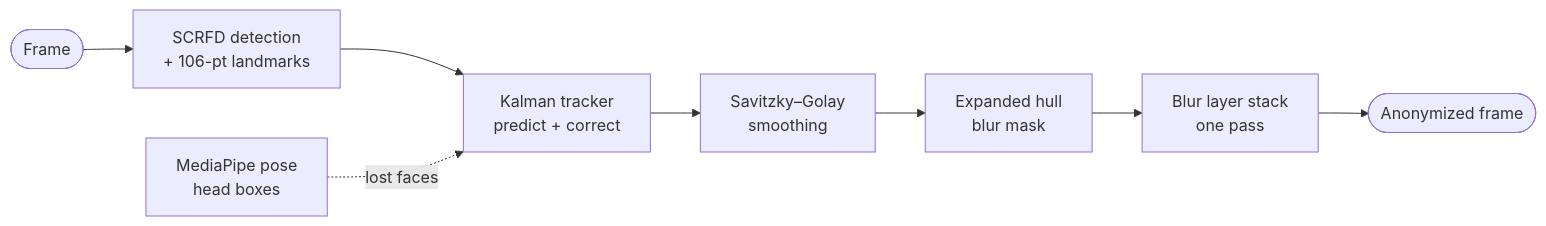
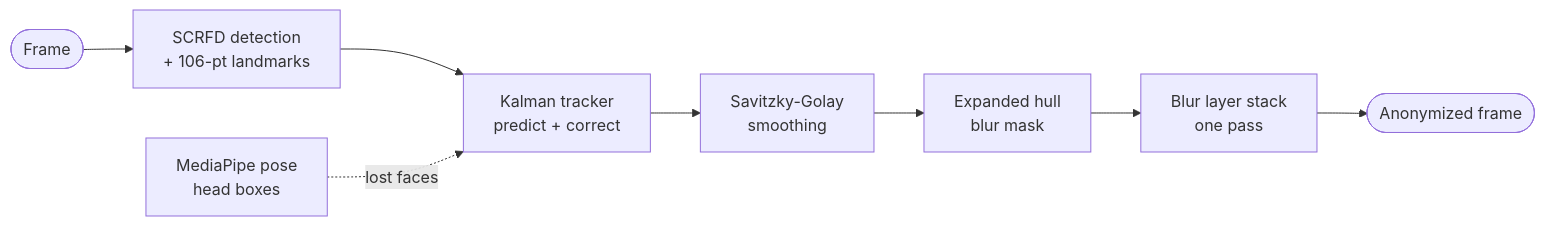
Before and after one commit to kabir0st/automated-video-privacy-pipeline: the diagram in README.md, drawn with Mermaid. The commit also changed other lines of this file, not shown here.

````diff
--- a/README.md
+++ b/README.md
@@ -48,10 +48,10 @@
 ```mermaid
 flowchart LR
     A([Frame]) --> B[SCRFD detection<br/>+ 106-pt landmarks]
     B --> C[Kalman tracker<br/>predict + correct]
     P[MediaPipe pose<br/>head boxes] -.lost faces.-> C
-    C --> D[Savitzky–Golay<br/>smoothing]
+    C --> D[Savitzky-Golay<br/>smoothing]
     D --> E[Expanded hull<br/>blur mask]
     E --> F[Blur layer stack<br/>one pass]
     F --> G([Anonymized frame])
 ```
````
